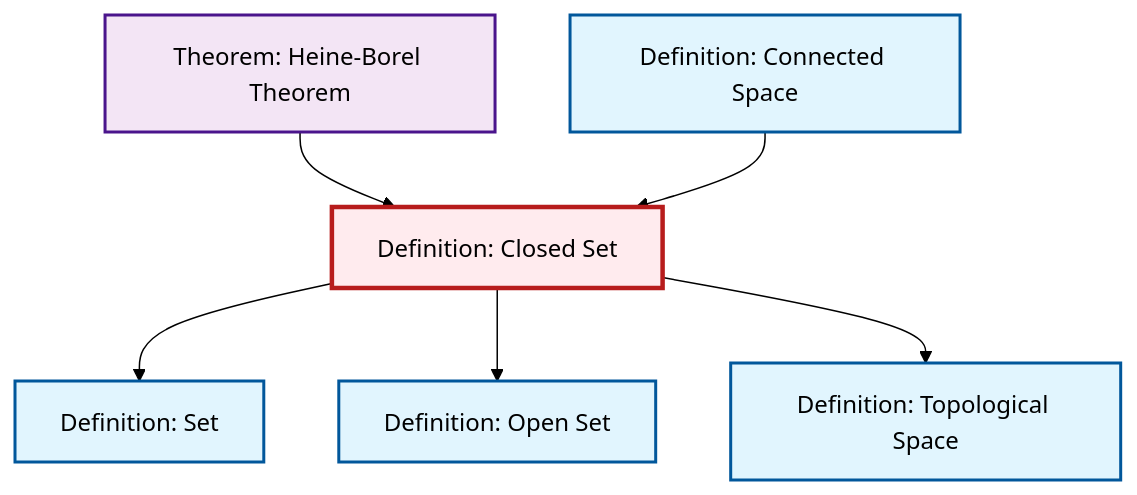
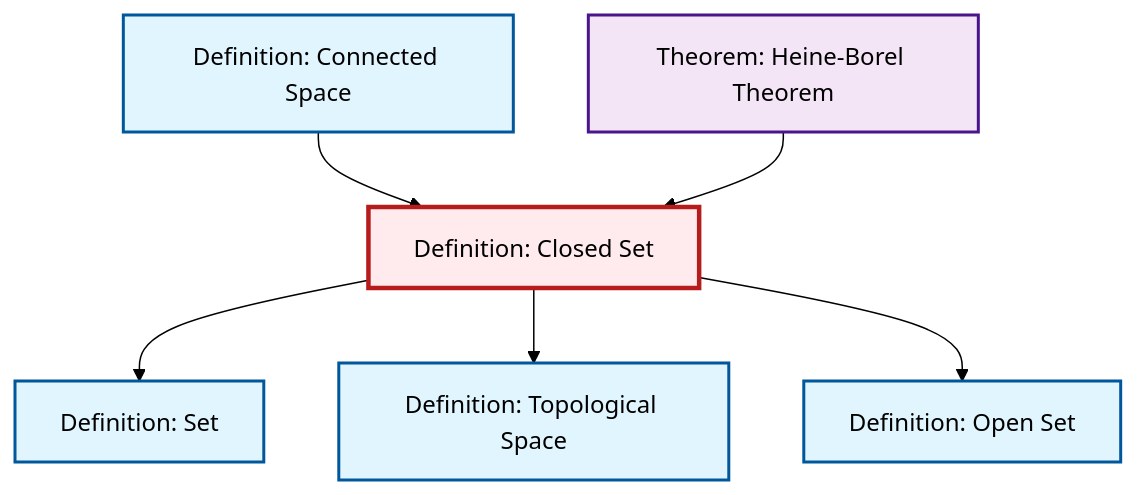
The diagram in content/en/topology/def-closed-set.qmd (RK0429/ModernMath), drawn with Mermaid (forest theme) before and after one commit. The commit also changed other lines of this file and 654 other files, not shown here.

````diff
--- a/content/en/topology/def-closed-set.qmd
+++ b/content/en/topology/def-closed-set.qmd
@@ -44,26 +44,26 @@
 ```{mermaid}
 %%| fig-cap: "Local dependency graph"
 graph TD
     classDef definition fill:#e1f5fe,stroke:#01579b,stroke-width:2px
     classDef theorem fill:#f3e5f5,stroke:#4a148c,stroke-width:2px
     classDef axiom fill:#fff3e0,stroke:#e65100,stroke-width:2px
     classDef example fill:#e8f5e9,stroke:#1b5e20,stroke-width:2px
     classDef current fill:#ffebee,stroke:#b71c1c,stroke-width:3px
+    def-set["Definition: Set"]:::definition
+    def-connected["Definition: Connected Space"]:::definition
+    def-open-set["Definition: Open Set"]:::definition
+    def-closed-set["Definition: Closed Set"]:::definition
     thm-heine-borel["Theorem: Heine-Borel Theorem"]:::theorem
     def-topological-space["Definition: Topological Space"]:::definition
-    def-closed-set["Definition: Closed Set"]:::definition
-    def-set["Definition: Set"]:::definition
-    def-open-set["Definition: Open Set"]:::definition
-    def-connected["Definition: Connected Space"]:::definition
+    def-connected --> def-closed-set
     def-closed-set --> def-set
+    def-closed-set --> def-topological-space
+    def-closed-set --> def-open-set
     thm-heine-borel --> def-closed-set
-    def-connected --> def-closed-set
-    def-closed-set --> def-open-set
-    def-closed-set --> def-topological-space
     class def-closed-set current
+    click def-set "def-set.html" "Go to Set definition"
+    click def-connected "def-connected.html" "Go to Connected Space definition"
+    click def-open-set "def-open-set.html" "Go to Open Set definition"
     click thm-heine-borel "thm-heine-borel.html" "Go to Heine-Borel Theorem theorem"
     click def-topological-space "def-topological-space.html" "Go to Topological Space definition"
-    click def-set "def-set.html" "Go to Set definition"
-    click def-open-set "def-open-set.html" "Go to Open Set definition"
-    click def-connected "def-connected.html" "Go to Connected Space definition"
 ```
````
